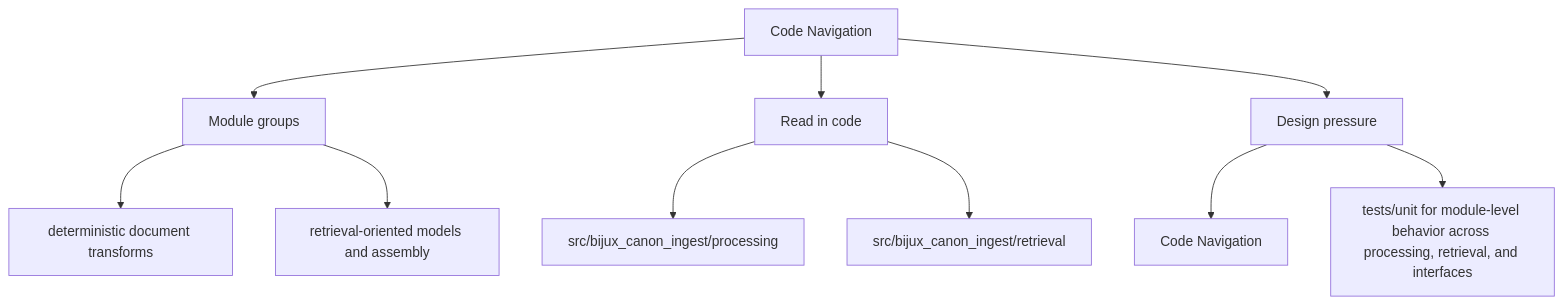
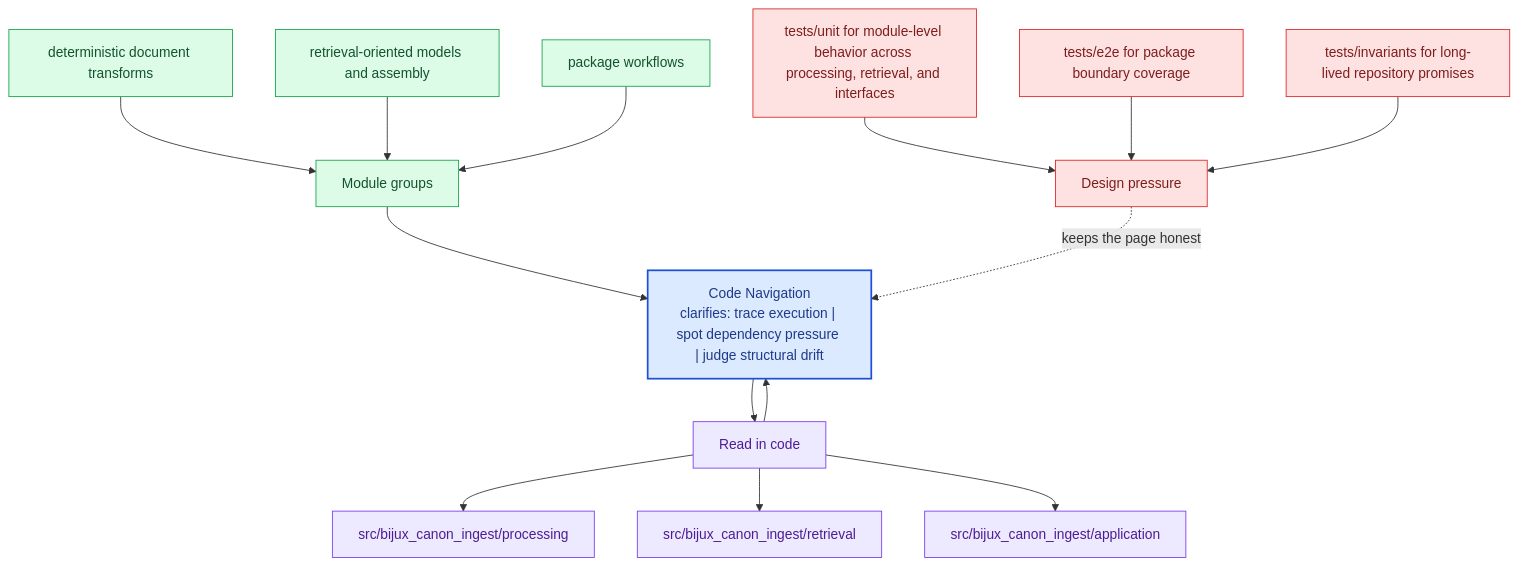
Before and after one commit to bijux/bijux-canon: the second of 2 diagrams in docs/bijux-canon-ingest/architecture/code-navigation.md, drawn with Mermaid. The commit also changed other lines of this file and 281 other files, not shown here.

Commit message:
docs(diagrams): deepen handbook mermaid maps across the catalog

````diff
--- a/docs/bijux-canon-ingest/architecture/code-navigation.md
+++ b/docs/bijux-canon-ingest/architecture/code-navigation.md
@@ -33,22 +66,40 @@
 ```mermaid
-flowchart TD
-    page["Code Navigation"]
+flowchart TB
+    promise["Code Navigation<br/>clarifies: trace execution | spot dependency pressure | judge structural drift"]
+    classDef promise fill:#dbeafe,stroke:#1d4ed8,color:#1e3a8a,stroke-width:2px;
+    classDef driver fill:#dcfce7,stroke:#16a34a,color:#14532d;
+    classDef constraint fill:#fee2e2,stroke:#dc2626,color:#7f1d1d;
+    classDef ground fill:#ede9fe,stroke:#7c3aed,color:#4c1d95;
     focus1["Module groups"]
-    page --> focus1
+    focus1 --> promise
     focus1_1["deterministic document transforms"]
-    focus1 --> focus1_1
+    focus1_1 --> focus1
     focus1_2["retrieval-oriented models and assembly"]
-    focus1 --> focus1_2
+    focus1_2 --> focus1
+    focus1_3["package workflows"]
+    focus1_3 --> focus1
+    class focus1 driver;
+    class focus1_1,focus1_2,focus1_3 driver;
     focus2["Read in code"]
-    page --> focus2
+    focus2 --> promise
+    promise --> focus2
     focus2_1["src/bijux_canon_ingest/processing"]
     focus2 --> focus2_1
     focus2_2["src/bijux_canon_ingest/retrieval"]
     focus2 --> focus2_2
+    focus2_3["src/bijux_canon_ingest/application"]
+    focus2 --> focus2_3
+    class focus2 ground;
+    class focus2_1,focus2_2,focus2_3 ground;
     focus3["Design pressure"]
-    page --> focus3
-    focus3_1["Code Navigation"]
-    focus3 --> focus3_1
-    focus3_2["tests/unit for module-level behavior across processing, retrieval, and interfaces"]
-    focus3 --> focus3_2
+    focus3 -.keeps the page honest.-> promise
+    focus3_1["tests/unit for module-level behavior across processing, retrieval, and interfaces"]
+    focus3_1 --> focus3
+    focus3_2["tests/e2e for package boundary coverage"]
+    focus3_2 --> focus3
+    focus3_3["tests/invariants for long-lived repository promises"]
+    focus3_3 --> focus3
+    class focus3 constraint;
+    class focus3_1,focus3_2,focus3_3 constraint;
+    class promise promise;
 ```
````
